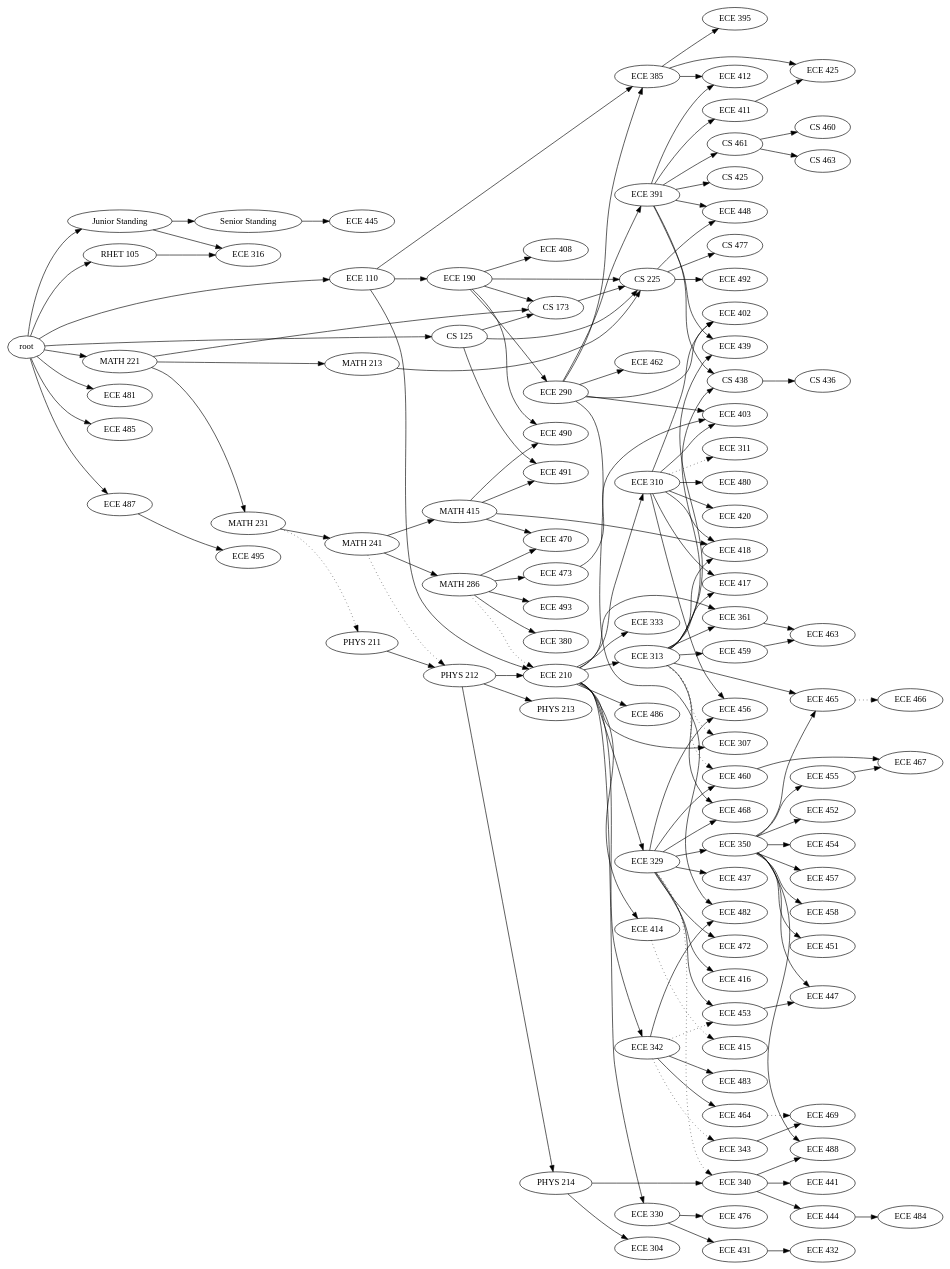
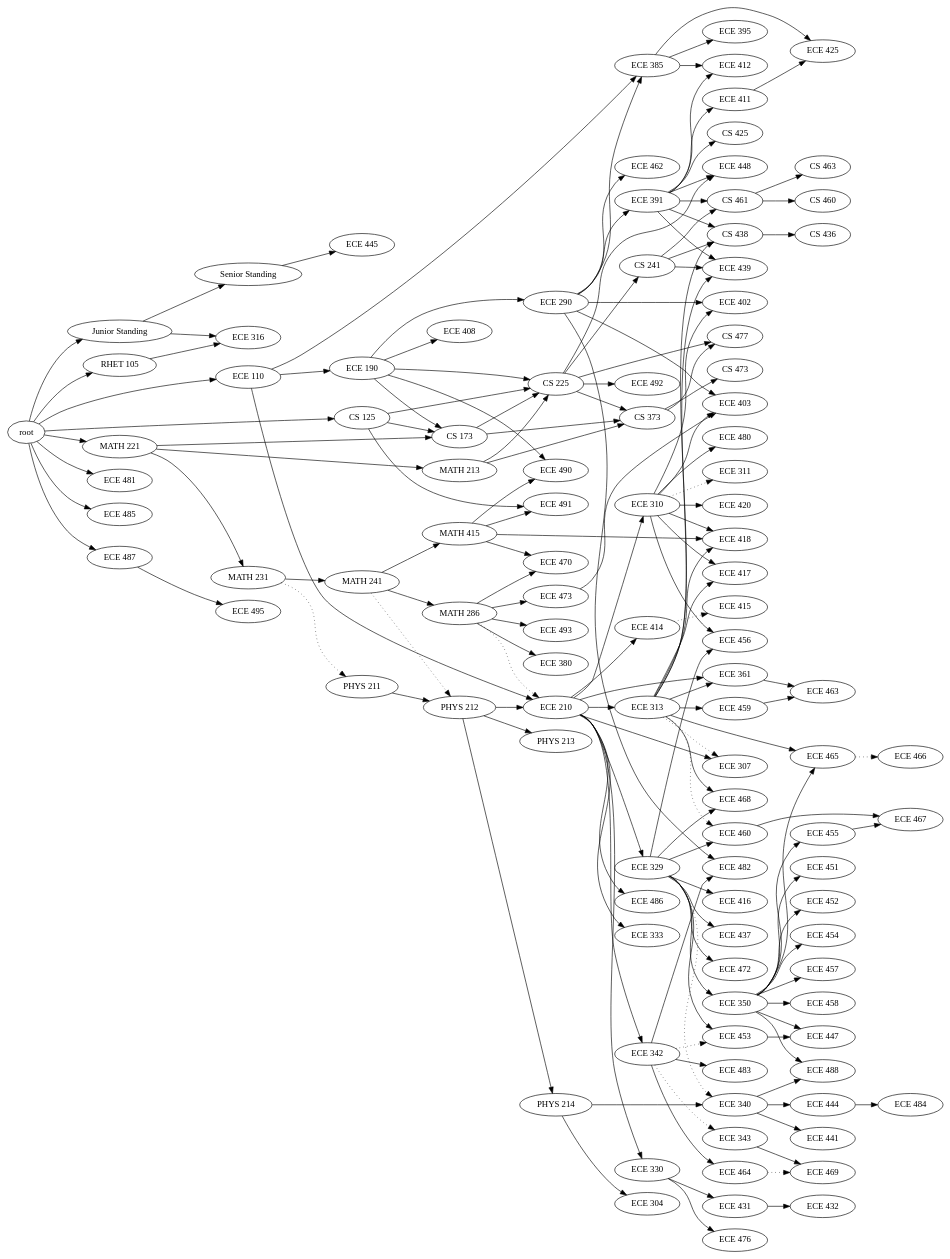
Before and after one commit to HKN-Dr-Everitts-Neighborhood/Curriculum-Graph: the diagram in thegraph.dot, drawn with Graphviz.

Commit message:
updated dot to match new data

```diff
--- a/thegraph.dot
+++ b/thegraph.dot
@@ -103,6 +103,9 @@
     a99 [ label="ECE 492" ];
     a100 [ label="ECE 493" ];
     a101 [ label="ECE 495" ];
+    a102 [ label="CS 373" ];
+    a103 [ label="CS 473" ];
+    a104 [ label="CS 241" ];
     a1 -> a0;
     a2 -> a3;
     a3 -> a4;
@@ -152,6 +155,7 @@
     a45 -> a43;
     a19 -> a44;
     a31 -> a45;
+    a104 -> a45;
     a45 -> a46;
     a30 -> a47;
     a36 -> a47;
@@ -162,8 +166,10 @@
     a14 -> a52;
     a31 -> a53;
     a21 -> a53;
+    a104 -> a53;
     a31 -> a54;
     a21 -> a54;
+    a104 -> a54;
     a15 -> a55;
     a15 -> a56;
     a0 -> a57;
@@ -208,6 +214,7 @@
     a5 -> a85;
     a23 -> a86;
     a72 -> a87;
+    a102 -> a87;
     a19 -> a88;
     a13 -> a90;
     a25 -> a90;
@@ -223,6 +230,11 @@
     a72 -> a99;
     a5 -> a100;
     a95 -> a101;
+    a72 -> a102;
+    a70 -> a102;
+    a73 -> a102;
+    a102 -> a103;
+    a72 -> a104;
     a3 -> a6 [style=dotted];
     a4 -> a7 [style=dotted];
     a5 -> a12 [style=dotted];
```
